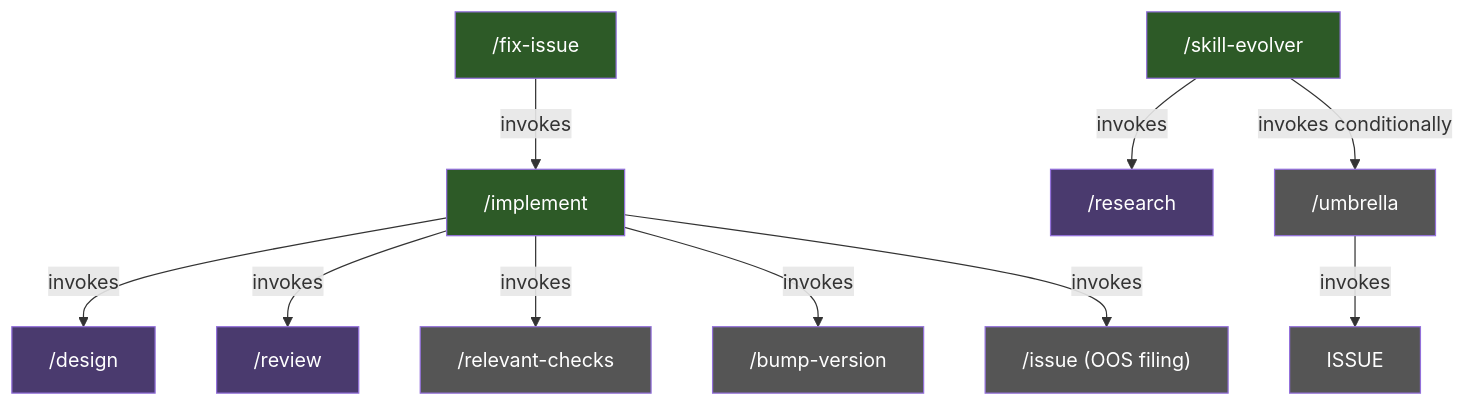
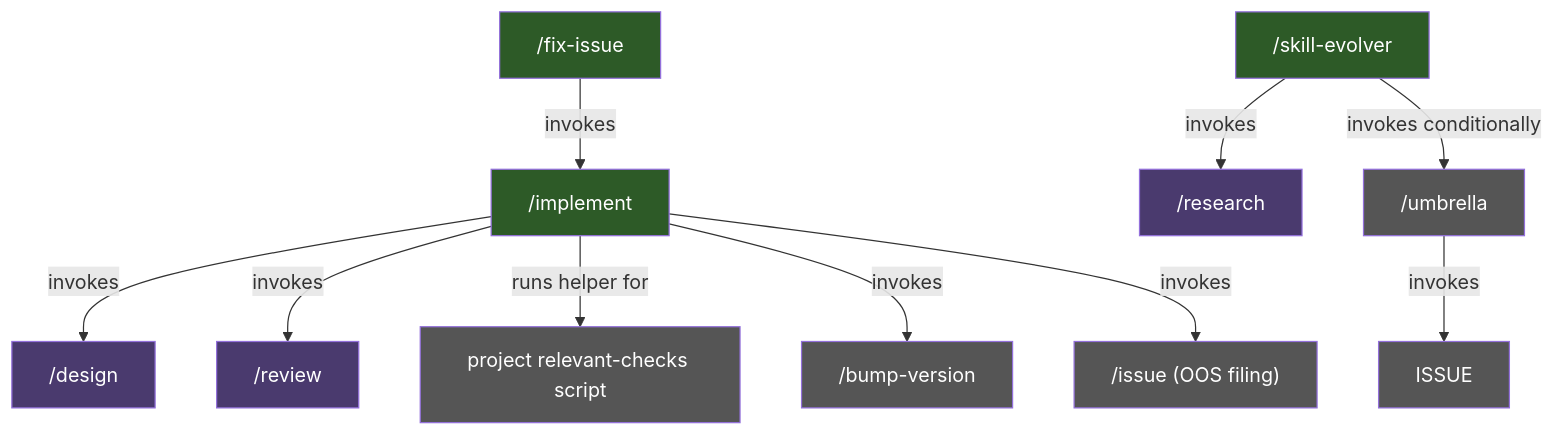
Before and after one commit to character-ai/larch: the first of 3 diagrams in docs/workflow-lifecycle.md, drawn with Mermaid. The commit also changed 31 other files, not shown here.

First line of the commit message:
Route relevant checks through captured helper

````diff
--- a/docs/workflow-lifecycle.md
+++ b/docs/workflow-lifecycle.md
@@ -9,24 +9,24 @@
 ```mermaid
 graph TD
     IMPLEMENT["/implement"] -->|invokes| DESIGN["/design"]
     IMPLEMENT -->|invokes| REVIEW["/review"]
-    IMPLEMENT -->|invokes| CHECKS["/relevant-checks"]
+    IMPLEMENT -->|runs helper for| CHECKS["project relevant-checks script"]
     IMPLEMENT -->|invokes| BUMP["/bump-version"]
     IMPLEMENT -->|invokes| ISSUE_OOS["/issue (OOS filing)"]
     FIX["/fix-issue"] -->|invokes| IMPLEMENT
     EVOLVER["/skill-evolver"] -->|invokes| RESEARCH["/research"]
     EVOLVER -->|invokes conditionally| UMBRELLA["/umbrella"]
     UMBRELLA -->|invokes| ISSUE
 
     style IMPLEMENT fill:#2d5a27,color:#fff
     style FIX fill:#2d5a27,color:#fff
     style EVOLVER fill:#2d5a27,color:#fff
     style DESIGN fill:#4a3a6e,color:#fff
     style REVIEW fill:#4a3a6e,color:#fff
     style RESEARCH fill:#4a3a6e,color:#fff
     style UMBRELLA fill:#555,color:#fff
     style CHECKS fill:#555,color:#fff
     style BUMP fill:#555,color:#fff
     style ISSUE fill:#555,color:#fff
     style ISSUE_OOS fill:#555,color:#fff
 ```
````
